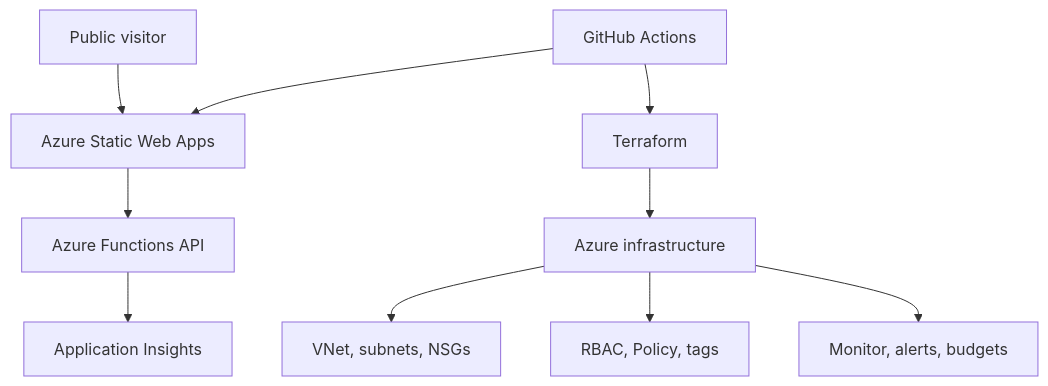
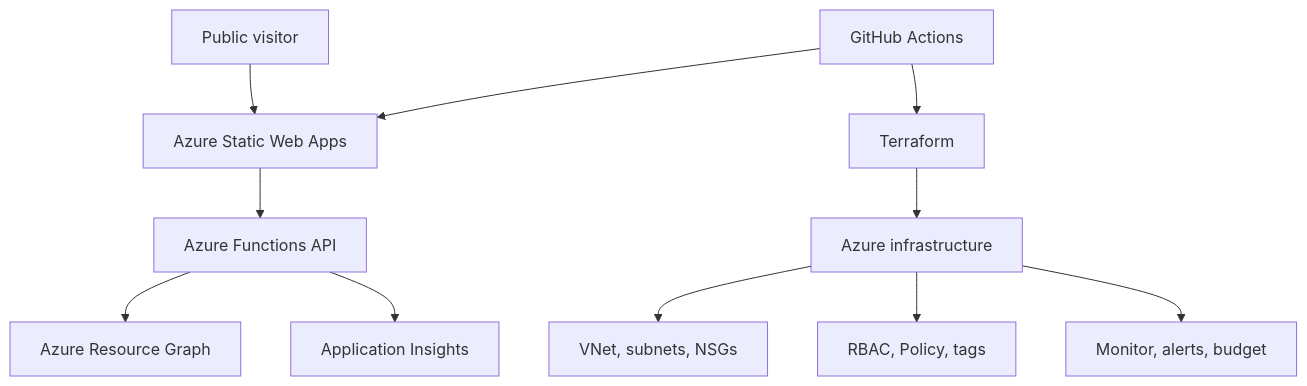
One commit to jcheng01/azure-cloud-ops changed the diagram in README.md. Above: the diagram before and after it, drawn with Mermaid. The commit also changed other lines of this file and 6 other files, not shown here.

Commit message:
feat: add Azure CloudOps dashboard V1

````diff
--- a/README.md
+++ b/README.md
@@ -13,14 +13,13 @@
 ```mermaid
 flowchart TD
     U["Public visitor"] --> SWA["Azure Static Web Apps"]
     SWA --> API["Azure Functions API"]
+    API --> RG["Azure Resource Graph"]
     API --> MON["Application Insights"]
-
     TF["Terraform"] --> INFRA["Azure infrastructure"]
     GH["GitHub Actions"] --> SWA
     GH --> TF
-
     INFRA --> NET["VNet, subnets, NSGs"]
     INFRA --> GOV["RBAC, Policy, tags"]
-    INFRA --> OPS["Monitor, alerts, budgets"]
+    INFRA --> OPS["Monitor, alerts, budget"]
 ```
````
